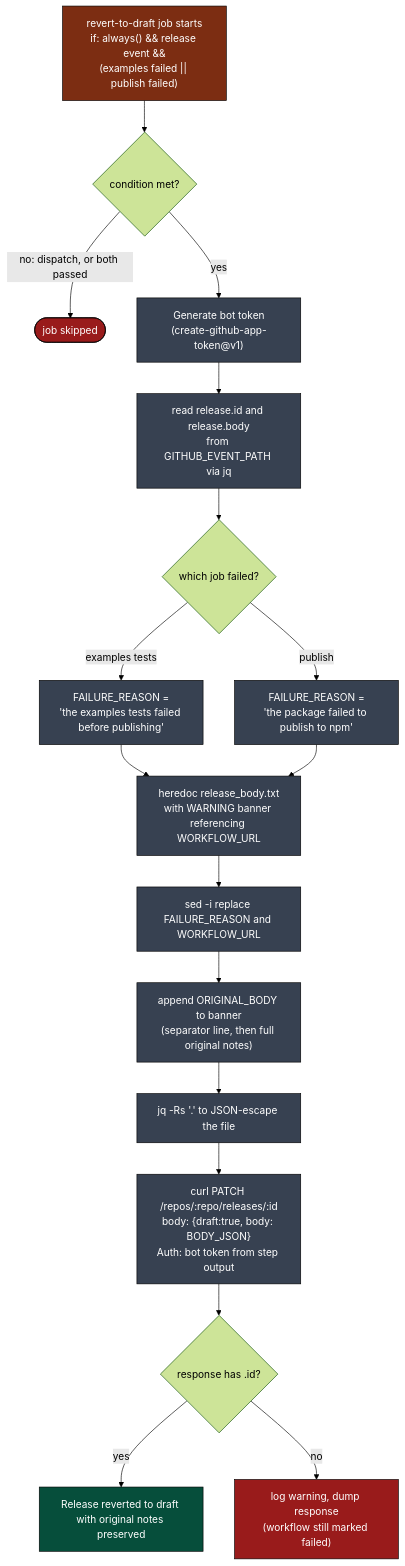
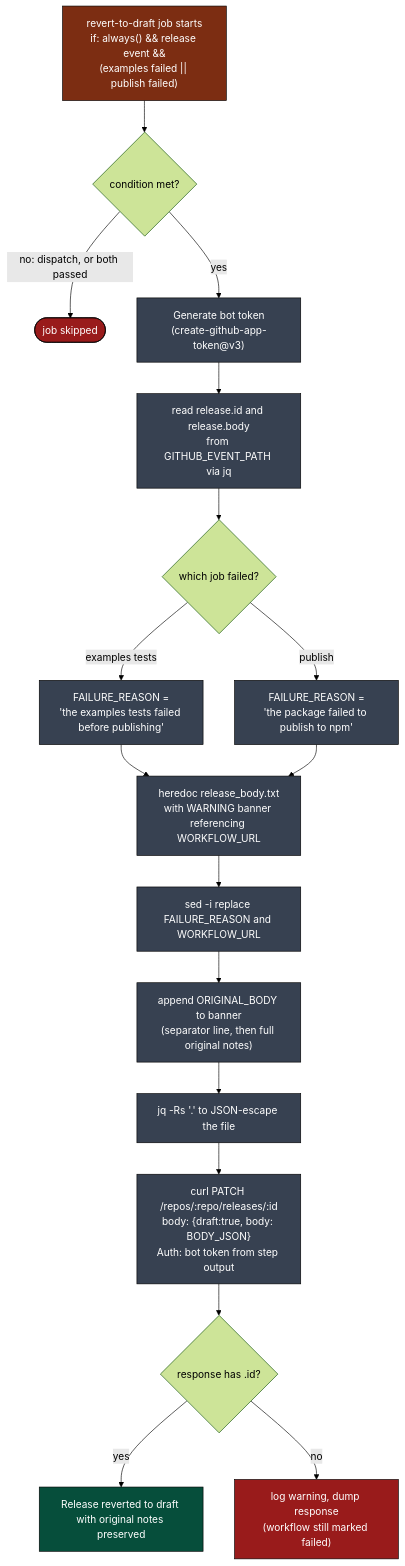
The eighth of 12 diagrams in .github/docs/PUBLISH_RELEASE_DEEP_DIVE.md (llm-exe/llm-exe), drawn with Mermaid (forest theme) before and after one commit. The commit also changed other lines of this file and 19 other files, not shown here.

First line of the commit message:
Update GitHub Actions to use latest versions of create-github-app-token and checkout actions

````diff
--- a/.github/docs/PUBLISH_RELEASE_DEEP_DIVE.md
+++ b/.github/docs/PUBLISH_RELEASE_DEEP_DIVE.md
@@ -384,28 +384,28 @@
 ```mermaid
 flowchart TB
     classDef trig fill:#7c2d12,color:#fff,stroke:#000
     classDef step fill:#374151,color:#fff,stroke:#000
     classDef out fill:#064e3b,color:#fff,stroke:#000
     classDef fail fill:#991b1b,color:#fff,stroke:#000
 
     A["revert-to-draft job starts\nif: always() && release event &&\n(examples failed || publish failed)"]:::trig
     A --> B{condition met?}
     B -->|no: dispatch, or both passed| skip([job skipped]):::fail
-    B -->|yes| T["Generate bot token\n(create-github-app-token@v1)"]:::step
+    B -->|yes| T["Generate bot token\n(create-github-app-token@v3)"]:::step
     T --> C["read release.id and release.body\nfrom GITHUB_EVENT_PATH via jq"]:::step
 
     C --> D0{which job failed?}
     D0 -->|examples tests| D0a["FAILURE_REASON =\n'the examples tests failed before publishing'"]:::step
     D0 -->|publish| D0b["FAILURE_REASON =\n'the package failed to publish to npm'"]:::step
     D0a --> D
     D0b --> D
 
     D["heredoc release_body.txt\nwith WARNING banner referencing WORKFLOW_URL"]:::step
     D --> E["sed -i replace FAILURE_REASON and WORKFLOW_URL"]:::step
     E --> F["append ORIGINAL_BODY to banner\n(separator line, then full original notes)"]:::step
     F --> G["jq -Rs '.' to JSON-escape the file"]:::step
     G --> H["curl PATCH /repos/:repo/releases/:id\nbody: {draft:true, body: BODY_JSON}\nAuth: bot token from step output"]:::step
     H --> I{response has .id?}
     I -->|yes| OK["Release reverted to draft with original notes preserved"]:::out
     I -->|no| WARN["log warning, dump response\n(workflow still marked failed)"]:::fail
 ```
````
